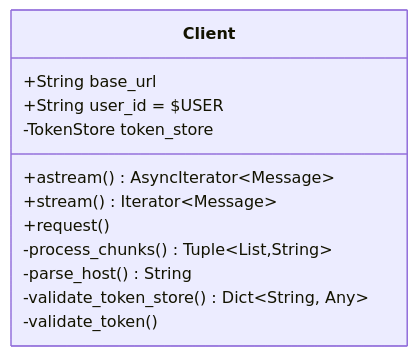
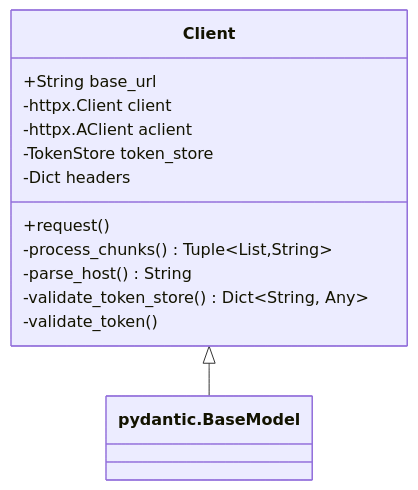
Before and after one commit to freva-org/climateclaw-client: the first of 4 diagrams in docs/client.md, drawn with Mermaid. The commit also changed other lines of this file, not shown here.

Commit message:
add design docs for http client

````diff
--- a/docs/client.md
+++ b/docs/client.md
@@ -1,15 +3,16 @@
 ```mermaid
     classDiagram
+    Client<|--pydantic.BaseModel
     class Client {
         +String base_url
-        +String user_id = $USER
+        -httpx.Client client
+        -httpx.AClient aclient
         -TokenStore token_store
-        +astream() AsyncIterator~Message~
-        +stream() Iterator~Message~
+        -Dict headers
         +request() 
         -process_chunks() Tuple~List,String~
         -parse_host() String
         -validate_token_store() Dict~String, Any~
         -validate_token() 
-    }
+    }   
 ```
````
